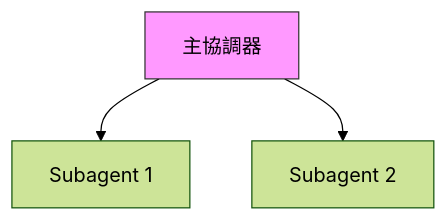
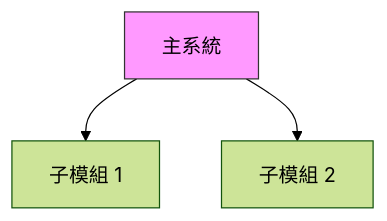
Before and after one commit to howjerry/Books: the diagram in CLAUDE.md, drawn with Mermaid (forest theme). The commit also changed other lines of this file and 88 other files, not shown here.

````diff
--- a/CLAUDE.md
+++ b/CLAUDE.md
@@ -724,6 +143,6 @@
 ```mermaid
 graph TB
-    A[主協調器] --> B[Subagent 1]
-    A --> C[Subagent 2]
+    A[主系統] --> B[子模組 1]
+    A --> C[子模組 2]
     style A fill:#f9f,stroke:#333
 ```
````
